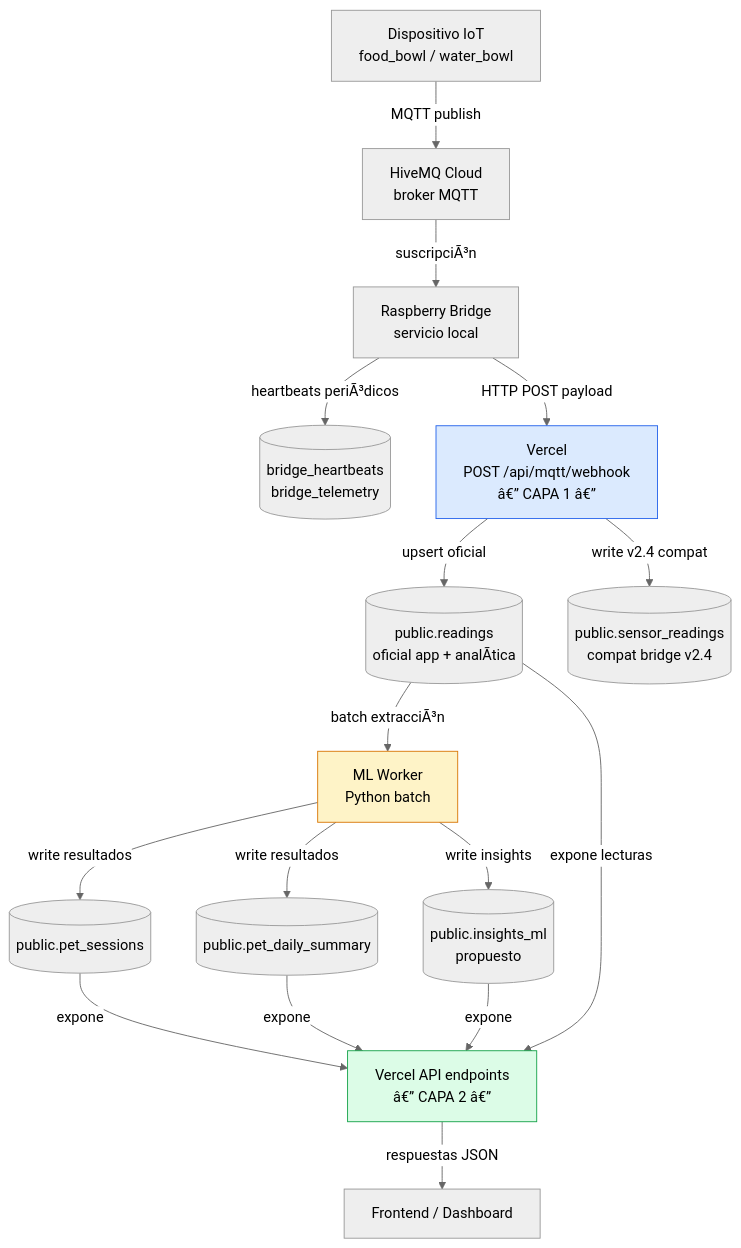
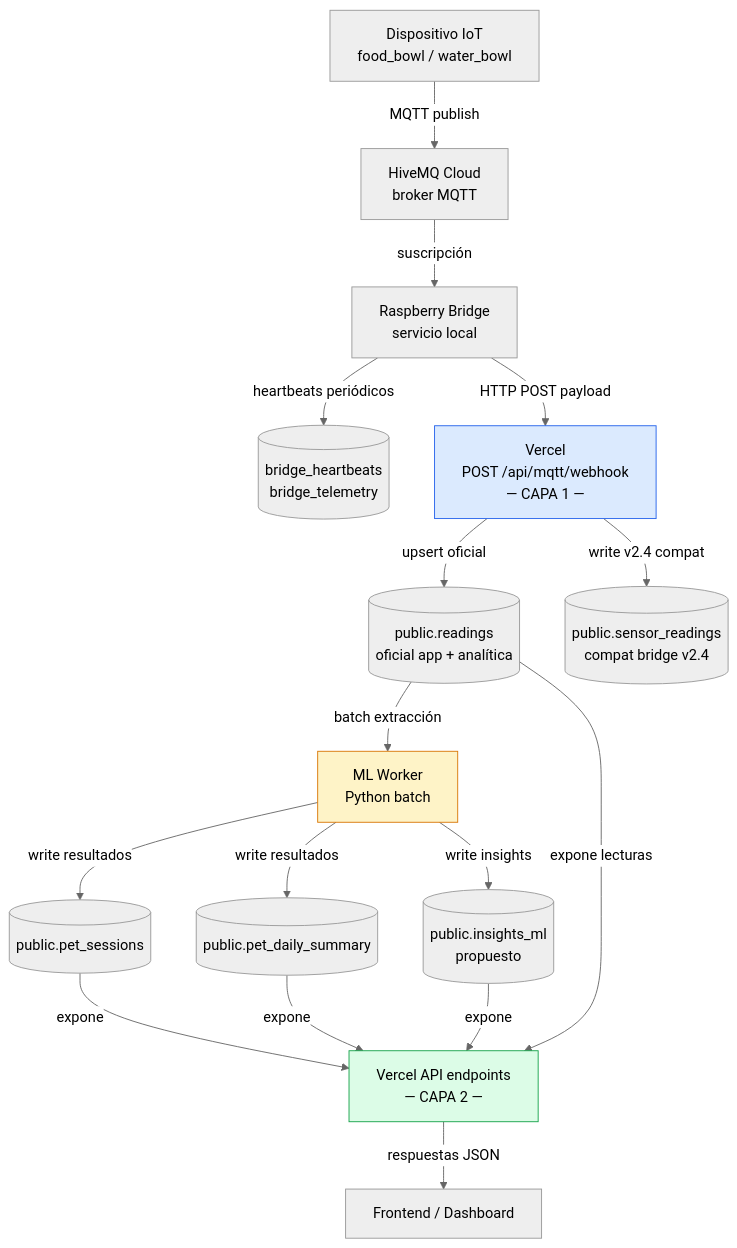
Before and after one commit to kittypau-mascotas/kittypau_2026: the second of 6 diagrams in Docs/archive/analitica/KittyPau_Arquitectura_Datos_v3.md, drawn with Mermaid (neutral theme). The commit also changed other lines of this file and 344 other files, not shown here.

````diff
--- a/Docs/archive/analitica/KittyPau_Arquitectura_Datos_v3.md
+++ b/Docs/archive/analitica/KittyPau_Arquitectura_Datos_v3.md
@@ -93,36 +93,36 @@
 ```mermaid
 flowchart TD
     IOT[Dispositivo IoT\nfood_bowl / water_bowl]
     MQTT[HiveMQ Cloud\nbroker MQTT]
     BRIDGE[Raspberry Bridge\nservicio local]
     HEARTBEATS[(bridge_heartbeats\nbridge_telemetry)]
-    WEBHOOK[Vercel\nPOST /api/mqtt/webhook\nâ€” CAPA 1 â€”]
-    READINGS[(public.readings\noficial app + analÃ­tica)]
+    WEBHOOK[Vercel\nPOST /api/mqtt/webhook\n— CAPA 1 —]
+    READINGS[(public.readings\noficial app + analítica)]
     SENSOR_R[(public.sensor_readings\ncompat bridge v2.4)]
     ML[ML Worker\nPython batch]
     SESSIONS[(public.pet_sessions)]
     DAILY[(public.pet_daily_summary)]
     INSIGHTS_ML[(public.insights_ml\npropuesto)]
-    API[Vercel API endpoints\nâ€” CAPA 2 â€”]
+    API[Vercel API endpoints\n— CAPA 2 —]
     FRONTEND[Frontend / Dashboard]
 
     IOT -->|MQTT publish| MQTT
-    MQTT -->|suscripciÃ³n| BRIDGE
-    BRIDGE -->|heartbeats periÃ³dicos| HEARTBEATS
+    MQTT -->|suscripción| BRIDGE
+    BRIDGE -->|heartbeats periódicos| HEARTBEATS
     BRIDGE -->|HTTP POST payload| WEBHOOK
     WEBHOOK -->|upsert oficial| READINGS
     WEBHOOK -->|write v2.4 compat| SENSOR_R
-    READINGS -->|batch extracciÃ³n| ML
+    READINGS -->|batch extracción| ML
     ML -->|write resultados| SESSIONS
     ML -->|write resultados| DAILY
     ML -->|write insights| INSIGHTS_ML
     SESSIONS -->|expone| API
     DAILY -->|expone| API
     INSIGHTS_ML -->|expone| API
     READINGS -->|expone lecturas| API
     API -->|respuestas JSON| FRONTEND
 
     style WEBHOOK fill:#dbeafe,stroke:#2563eb
     style API fill:#dcfce7,stroke:#16a34a
     style ML fill:#fef3c7,stroke:#d97706
 ```
````
